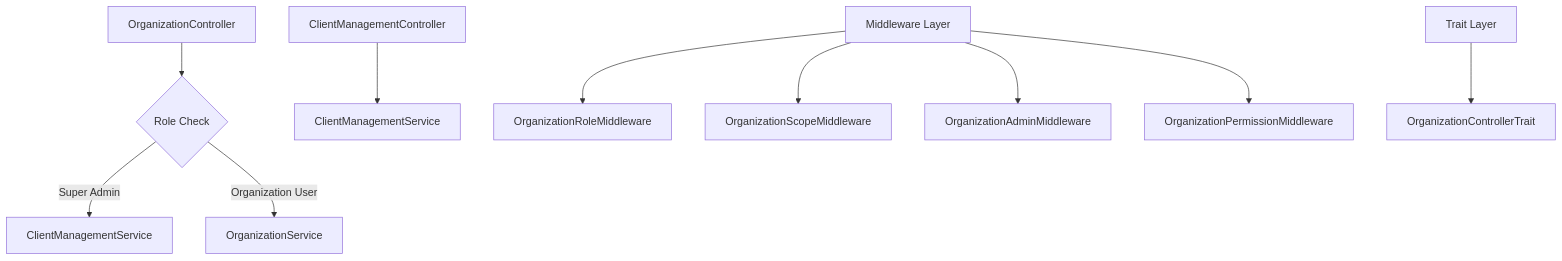
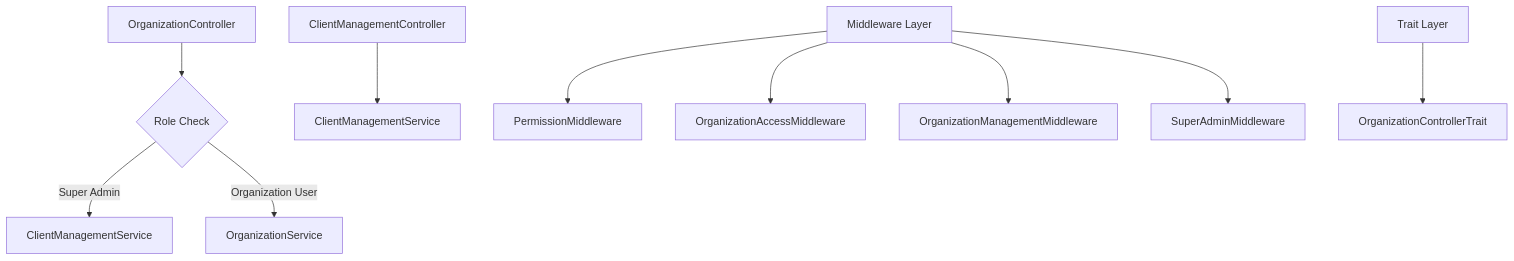
Before and after one commit to nandzor/chatbot_saas_be: the first of 2 diagrams in docs/ARCHITECTURE_ENHANCEMENT.md, drawn with Mermaid. The commit also changed other lines of this file and 17 other files, not shown here.

First line of the commit message:
Remove Client Management Controller and Related Middleware

````diff
--- a/docs/ARCHITECTURE_ENHANCEMENT.md
+++ b/docs/ARCHITECTURE_ENHANCEMENT.md
@@ -27,15 +27,15 @@
 ```mermaid
 graph TD
     A[OrganizationController] --> B{Role Check}
     B -->|Super Admin| C[ClientManagementService]
     B -->|Organization User| D[OrganizationService]
     
     E[ClientManagementController] --> F[ClientManagementService]
     
-    G[Middleware Layer] --> H[OrganizationRoleMiddleware]
-    G --> I[OrganizationScopeMiddleware]
-    G --> J[OrganizationAdminMiddleware]
-    G --> K[OrganizationPermissionMiddleware]
+    G[Middleware Layer] --> H[PermissionMiddleware]
+    G --> I[OrganizationAccessMiddleware]
+    G --> J[OrganizationManagementMiddleware]
+    G --> K[SuperAdminMiddleware]
     
     L[Trait Layer] --> M[OrganizationControllerTrait]
 ```
````
